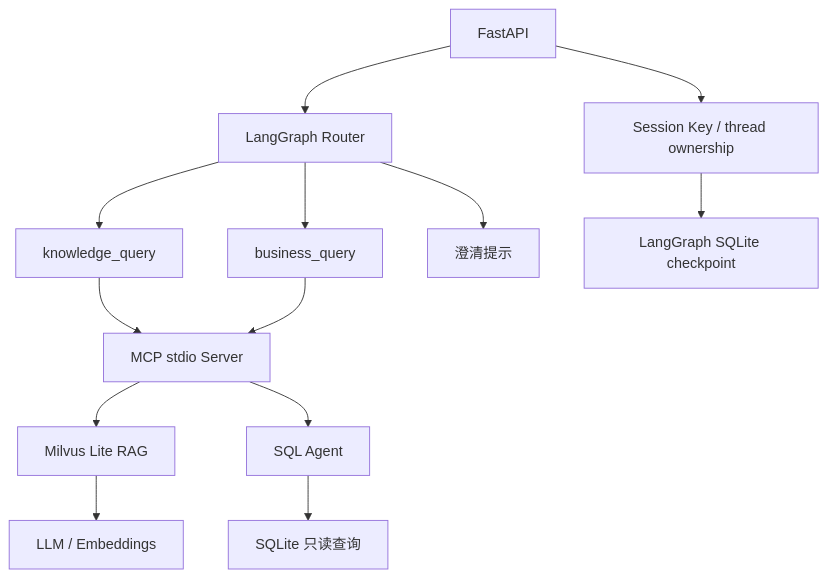
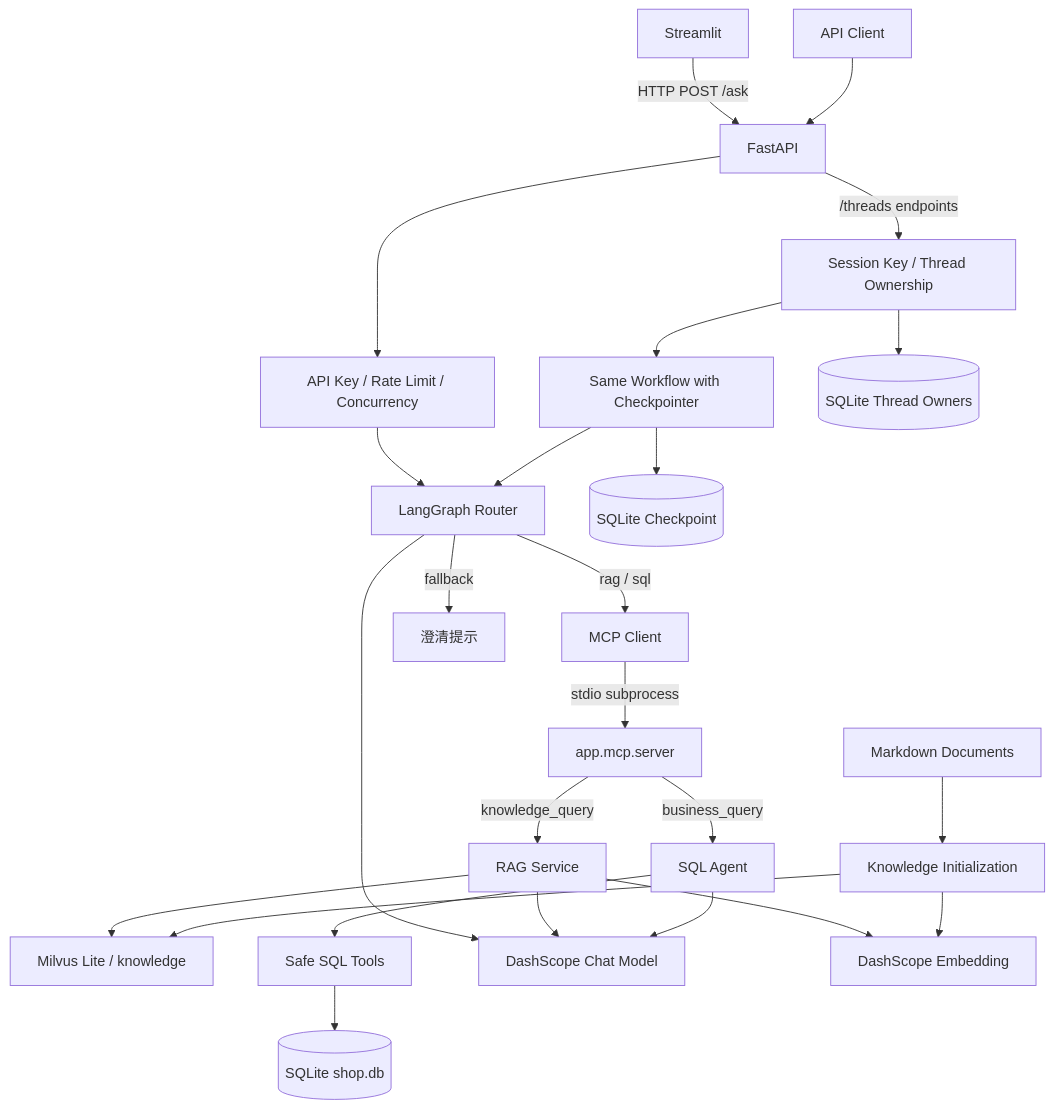
One commit to wutian88/ai-data-assistant changed the diagram in README.md. Above: the diagram before and after it, drawn with Mermaid. The commit also changed other lines of this file and 34 other files, not shown here.

````diff
--- a/README.md
+++ b/README.md
@@ -9,15 +33,27 @@
 ```mermaid
 flowchart TD
-    HTTP[FastAPI] --> Graph[LangGraph Router]
-    Graph --> RAG[knowledge_query]
-    Graph --> SQL[business_query]
-    Graph --> Fallback[澄清提示]
-    RAG --> MCP[MCP stdio Server]
-    SQL --> MCP
-    MCP --> Retrieval[Milvus Lite RAG]
-    MCP --> Agent[SQL Agent]
-    Retrieval --> Model[LLM / Embeddings]
-    Agent --> DB[SQLite 只读查询]
-    HTTP --> Session[Session Key / thread ownership]
-    Session --> Checkpoint[LangGraph SQLite checkpoint]
+    UI[Streamlit] -->|HTTP POST /ask| API[FastAPI]
+    Client[API Client] --> API
+    API --> Auth[API Key / Rate Limit / Concurrency]
+    Auth --> Graph[LangGraph Router]
+    Graph -->|rag / sql| MCPClient[MCP Client]
+    Graph -->|fallback| Fallback[澄清提示]
+    MCPClient -->|stdio subprocess| MCP[app.mcp.server]
+    MCP -->|knowledge_query| RAG[RAG Service]
+    MCP -->|business_query| SQL[SQL Agent]
+    RAG --> Milvus[Milvus Lite / knowledge]
+    SQL --> SafeSQL[Safe SQL Tools]
+    SafeSQL --> DB[(SQLite shop.db)]
+    Graph --> Chat[DashScope Chat Model]
+    RAG --> Chat
+    SQL --> Chat
+    RAG --> Embed[DashScope Embedding]
+    Docs[Markdown Documents] --> Ingest[Knowledge Initialization]
+    Ingest --> Embed
+    Ingest --> Milvus
+    API -->|/threads endpoints| Session[Session Key / Thread Ownership]
+    Session --> SessionGraph[Same Workflow with Checkpointer]
+    SessionGraph --> Graph
+    SessionGraph --> Checkpoint[(SQLite Checkpoint)]
+    Session --> Owners[(SQLite Thread Owners)]
 ```
````
